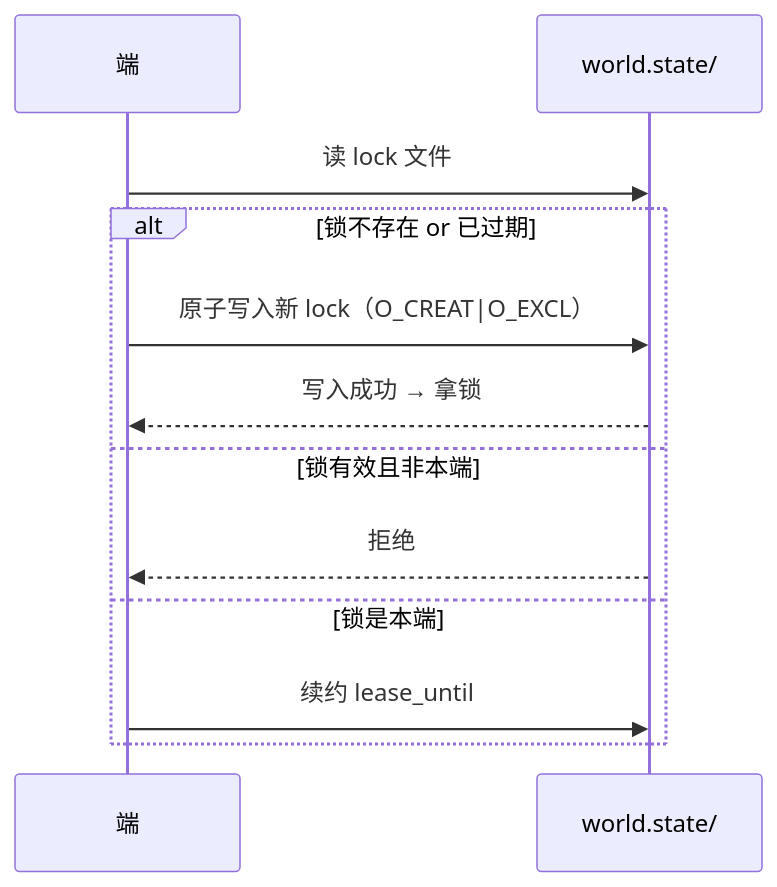
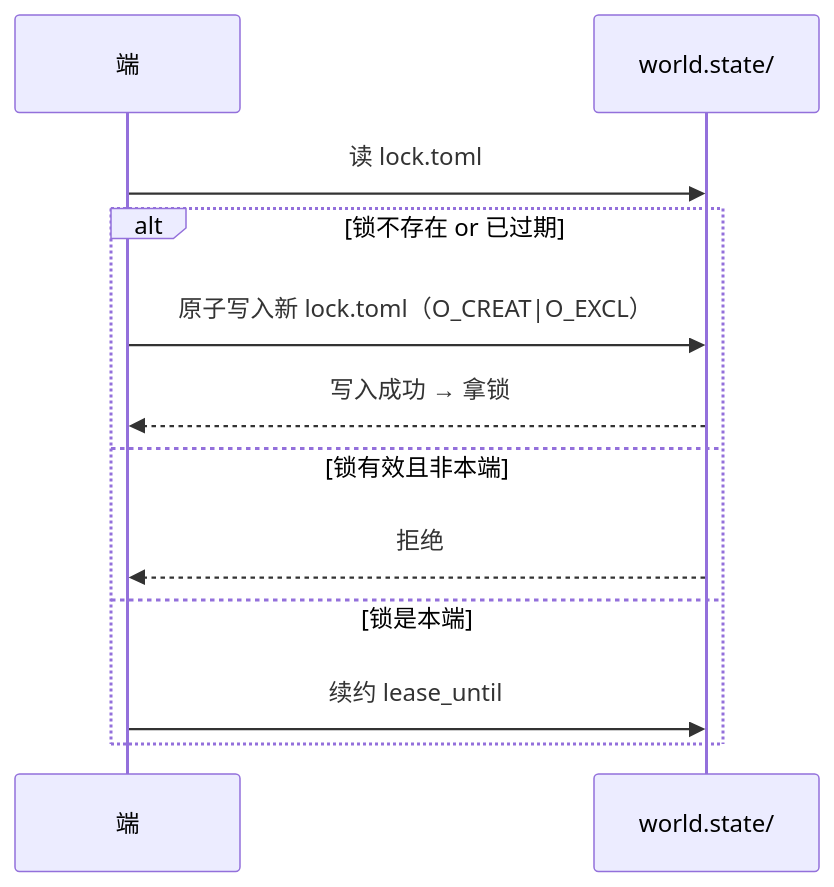
One commit to xinetzone/tao changed the fourth of 5 diagrams in docs/tech/world-session-spec.md. Above: the diagram before and after it, drawn with Mermaid. The commit also changed other lines of this file and 1 other file, not shown here.

First line of the commit message:
refactor(spec): 统一事件日志格式为 TOML [[event]] Array of Tables

````diff
--- a/docs/tech/world-session-spec.md
+++ b/docs/tech/world-session-spec.md
@@ -296,14 +331,14 @@
 ```{mermaid}
 sequenceDiagram
     participant Client as 端
     participant FS as world.state/
-    Client->>FS: 读 lock 文件
+    Client->>FS: 读 lock.toml
     alt 锁不存在 or 已过期
-        Client->>FS: 原子写入新 lock（O_CREAT|O_EXCL）
+        Client->>FS: 原子写入新 lock.toml（O_CREAT|O_EXCL）
         FS-->>Client: 写入成功 → 拿锁
     else 锁有效且非本端
         FS-->>Client: 拒绝
     else 锁是本端
         Client->>FS: 续约 lease_until
     end
 ```
````
